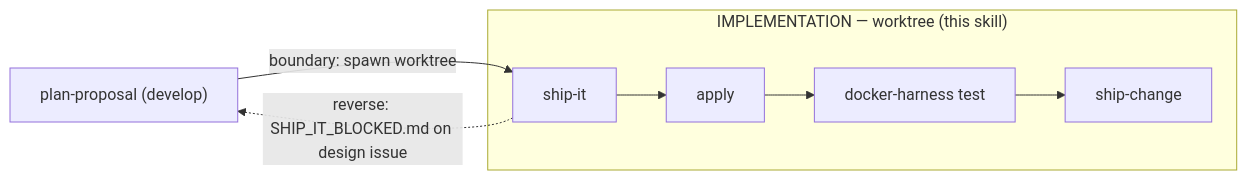
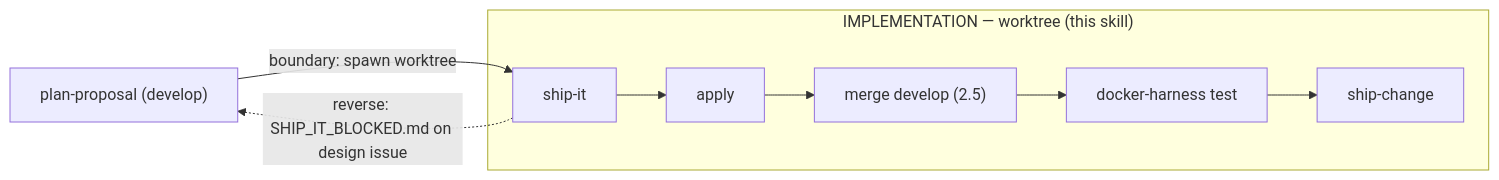
Before and after one commit to BlackBeltTechnology/pi-agent-dashboard: the diagram in .pi/skills/ship-it/SKILL.md, drawn with Mermaid. The commit also changed other lines of this file and 2 other files, not shown here.

First line of the commit message:
feat(integrate-develop-before-ship-gate): add develop-integration step to ship-it (2.5) + ship-change (1.5)

````diff
--- a/.pi/skills/ship-it/SKILL.md
+++ b/.pi/skills/ship-it/SKILL.md
@@ -16,8 +16,8 @@
 ```mermaid
 flowchart LR
   P["plan-proposal (develop)"] -->|"boundary: spawn worktree"| S
   subgraph Worktree ["IMPLEMENTATION — worktree (this skill)"]
-    S["ship-it"] --> A["apply"] --> T["docker-harness test"] --> C["ship-change"]
+    S["ship-it"] --> A["apply"] --> M["merge develop (2.5)"] --> T["docker-harness test"] --> C["ship-change"]
   end
   S -.->|"reverse: SHIP_IT_BLOCKED.md on design issue"| P
 ```
````
